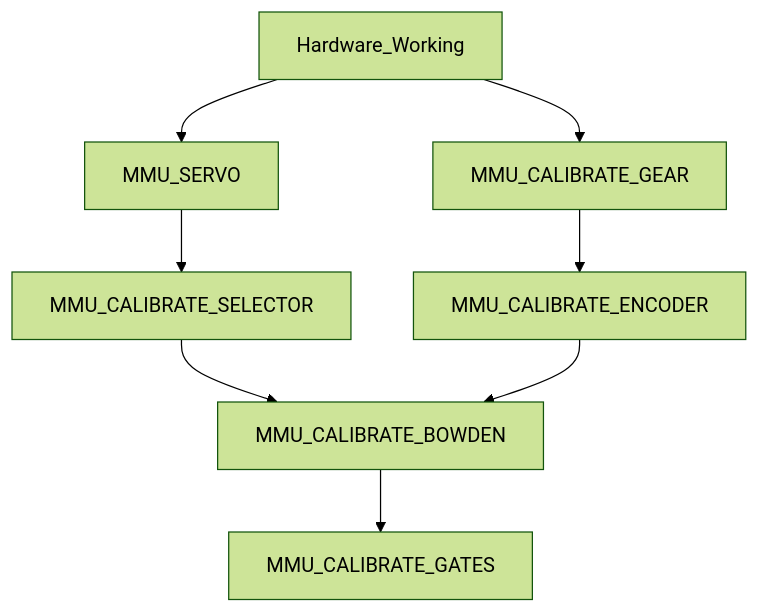
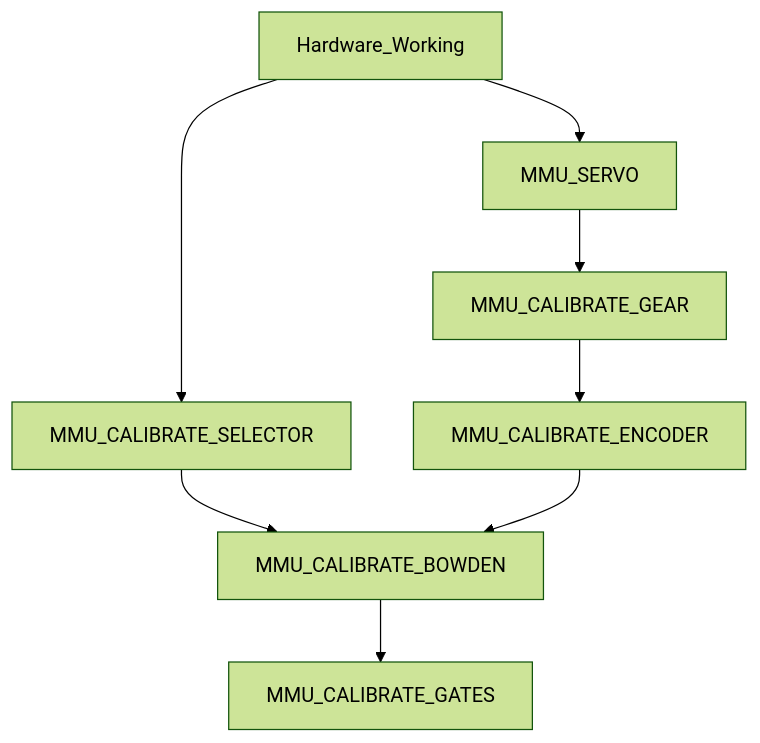
Before and after one commit to moggieuk/Happy-Hare: the diagram in doc/calibration.md, drawn with Mermaid (forest theme).

````diff
--- a/doc/calibration.md
+++ b/doc/calibration.md
@@ -8,10 +8,10 @@
 ```mermaid
 graph TD;
     Hardware_Working --> MMU_SERVO
-    MMU_SERVO --> MMU_CALIBRATE_SELECTOR
+    Hardware_Working --> MMU_CALIBRATE_SELECTOR
     MMU_CALIBRATE_SELECTOR --> MMU_CALIBRATE_BOWDEN
-    Hardware_Working --> MMU_CALIBRATE_GEAR
+    MMU_SERVO --> MMU_CALIBRATE_GEAR
     MMU_CALIBRATE_GEAR --> MMU_CALIBRATE_ENCODER
     MMU_CALIBRATE_ENCODER --> MMU_CALIBRATE_BOWDEN
     MMU_CALIBRATE_BOWDEN --> MMU_CALIBRATE_GATES
 ```
````
